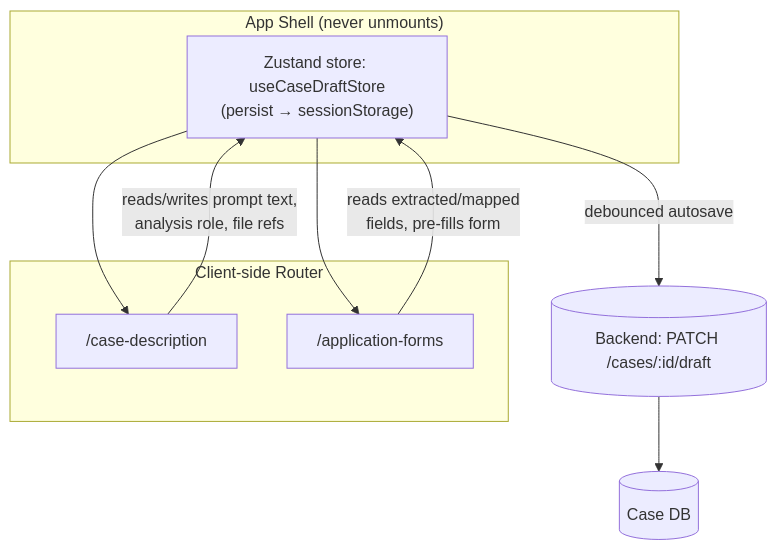
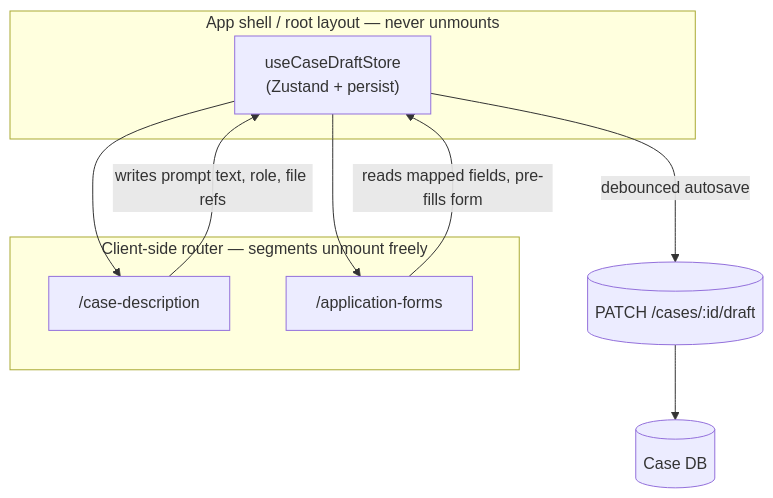
One commit to cjelias/tech-assessment changed the first of 3 diagrams in Technical-Assessment-Response.md. Above: the diagram before and after it, drawn with Mermaid. The commit also changed other lines of this file and 1 other file, not shown here.

````diff
--- a/Technical-Assessment-Response.md
+++ b/Technical-Assessment-Response.md
@@ -183,16 +81,16 @@
 ```mermaid
 flowchart TB
-    subgraph Root["App Shell (never unmounts)"]
-        Store["Zustand store: useCaseDraftStore\n(persist → sessionStorage)"]
+    subgraph Root["App shell / root layout — never unmounts"]
+        Store["useCaseDraftStore<br/>(Zustand + persist)"]
     end
-    subgraph Router["Client-side Router"]
+    subgraph Router["Client-side router — segments unmount freely"]
         CD["/case-description"]
         AF["/application-forms"]
     end
     Store --> CD
     Store --> AF
-    CD -- "reads/writes prompt text,\nanalysis role, file refs" --> Store
-    AF -- "reads extracted/mapped\nfields, pre-fills form" --> Store
-    Store -- "debounced autosave" --> API[(Backend: PATCH /cases/:id/draft)]
-    API --> DB[(Case DB)]
+    CD -- "writes prompt text, role, file refs" --> Store
+    AF -- "reads mapped fields, pre-fills form" --> Store
+    Store -- "debounced autosave" --> API[("PATCH /cases/:id/draft")]
+    API --> DB[("Case DB")]
 ```
````
